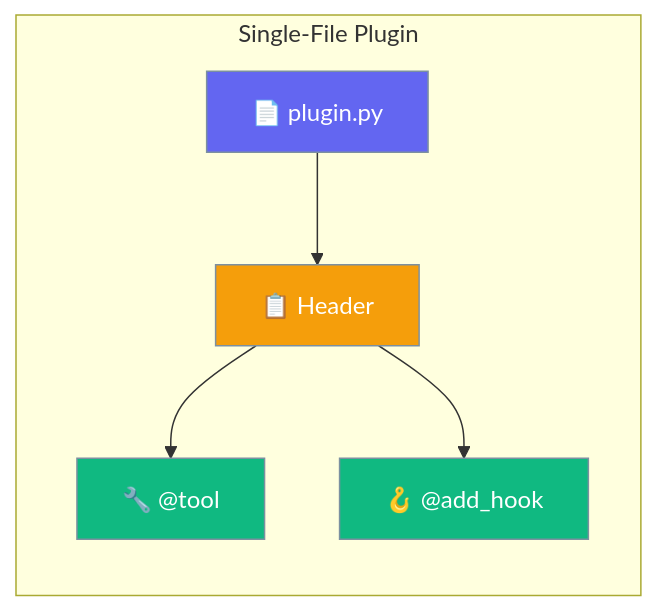
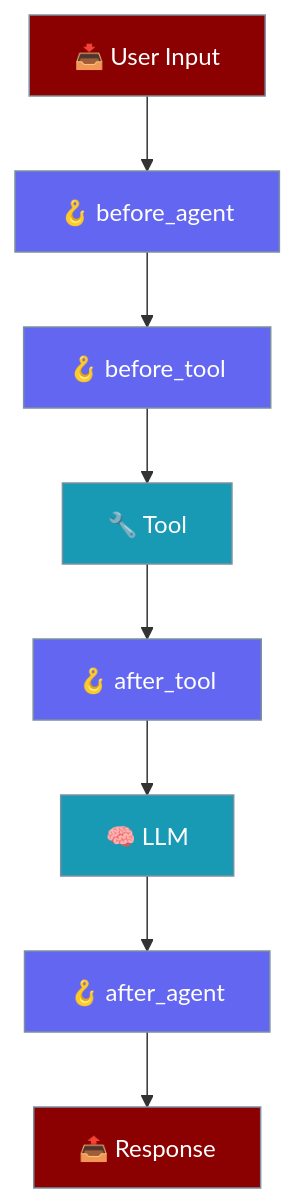
Before and after one commit to MervinPraison/PraisonAIDocs: the second of 2 diagrams in docs/features/plugins.mdx, drawn with Mermaid. The commit also changed other lines of this file and 4 other files, not shown here.

````diff
--- a/docs/features/plugins.mdx
+++ b/docs/features/plugins.mdx
@@ -536,13 +105,18 @@
 ```mermaid
-flowchart LR
-    subgraph SingleFile["Single-File Plugin"]
-        A["📄 plugin.py"] --> B["📋 Header"]
-        B --> C["🔧 @tool"]
-        B --> D["🪝 @add_hook"]
-    end
-    
-    style A fill:#6366F1,stroke:#7C90A0,color:#fff
-    style B fill:#F59E0B,stroke:#7C90A0,color:#fff
-    style C fill:#10B981,stroke:#7C90A0,color:#fff
-    style D fill:#10B981,stroke:#7C90A0,color:#fff
+flowchart TB
+    INPUT["📥 User Input"] --> BA["🪝 before_agent"]
+    BA --> BT["🪝 before_tool"]
+    BT --> TOOL["🔧 Tool"]
+    TOOL --> AT["🪝 after_tool"]
+    AT --> LLM["🧠 LLM"]
+    LLM --> AA["🪝 after_agent"]
+    AA --> OUTPUT["📤 Response"]
+
+    classDef agent fill:#8B0000,stroke:#7C90A0,color:#fff
+    classDef hook fill:#6366F1,stroke:#7C90A0,color:#fff
+    classDef tool fill:#189AB4,stroke:#7C90A0,color:#fff
+
+    class INPUT,OUTPUT agent
+    class BA,BT,AT,AA hook
+    class TOOL,LLM tool
 ```
````
